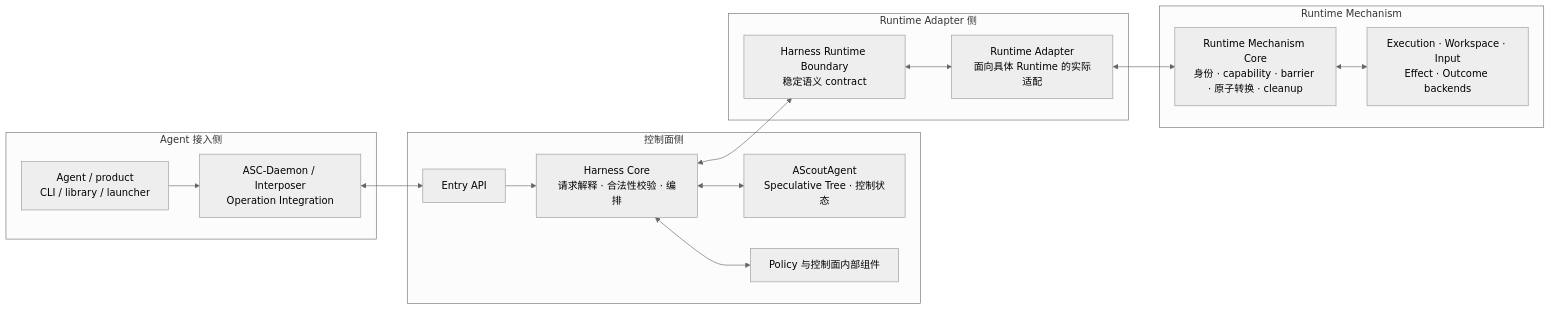
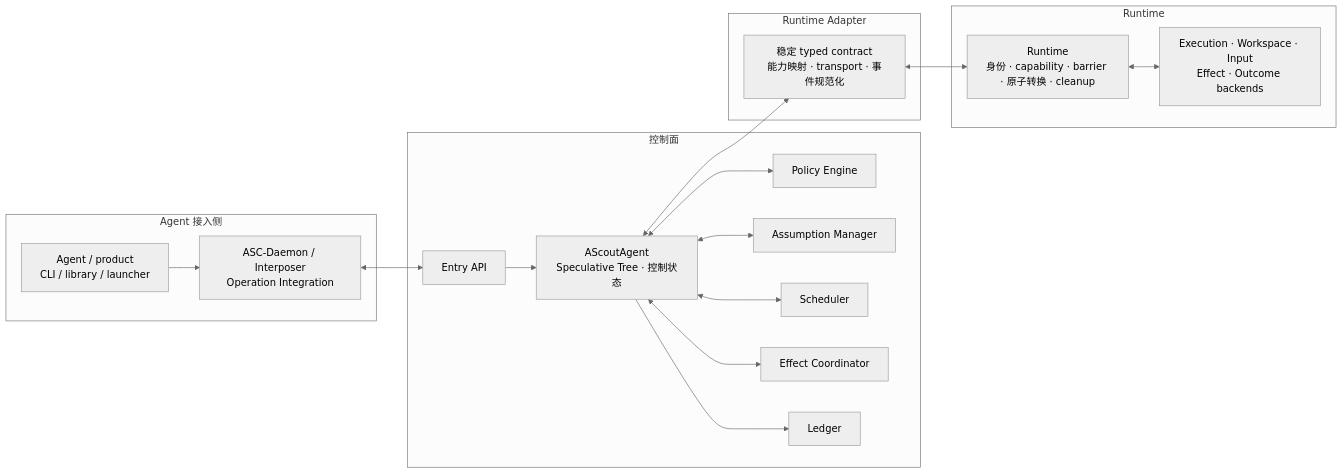
The first of 2 diagrams in docs/architecture.md (bettermultiply/AgentScout), drawn with Mermaid (neutral theme) before and after one commit. The commit also changed other lines of this file and 17 other files, not shown here.

Commit message:
docs: align architecture terminology

````diff
--- a/docs/architecture.md
+++ b/docs/architecture.md
@@ -17,34 +17,38 @@
 ```mermaid
 flowchart LR
     subgraph ACCESS["Agent 接入侧"]
         CLIENTS["Agent / product<br/>CLI / library / launcher"]
         INTEGRATION["ASC-Daemon / Interposer<br/>Operation Integration"]
         CLIENTS --> INTEGRATION
     end
 
-    subgraph CONTROL["控制面侧"]
+    subgraph CONTROL["控制面"]
         ENTRY["Entry API"]
-        CORE["Harness Core<br/>请求解释 · 合法性校验 · 编排"]
         STATE["AScoutAgent<br/>Speculative Tree · 控制状态"]
-        POLICY["Policy 与控制面内部组件"]
-        ENTRY --> CORE
-        CORE <--> STATE
-        CORE <--> POLICY
+        POLICY["Policy Engine"]
+        ASSUMPTION["Assumption Manager"]
+        SCHEDULER["Scheduler"]
+        EFFECT["Effect Coordinator"]
+        LEDGER["Ledger"]
+        ENTRY --> STATE
+        STATE <--> POLICY
+        STATE <--> ASSUMPTION
+        STATE <--> SCHEDULER
+        STATE <--> EFFECT
+        STATE --> LEDGER
     end
 
-    subgraph ADAPTER_SIDE["Runtime Adapter 侧"]
-        BOUNDARY["Harness Runtime Boundary<br/>稳定语义 contract"]
-        ADAPTER["Runtime Adapter<br/>面向具体 Runtime 的实际适配"]
-        BOUNDARY <--> ADAPTER
+    subgraph ADAPTER_SIDE["Runtime Adapter"]
+        ADAPTER["稳定 typed contract<br/>能力映射 · transport · 事件规范化"]
     end
 
-    subgraph RUNTIME["Runtime Mechanism"]
-        MECHANISM["Runtime Mechanism Core<br/>身份 · capability · barrier · 原子转换 · cleanup"]
+    subgraph RUNTIME["Runtime"]
+        MECHANISM["Runtime<br/>身份 · capability · barrier · 原子转换 · cleanup"]
         BACKENDS["Execution · Workspace · Input<br/>Effect · Outcome backends"]
         MECHANISM <--> BACKENDS
     end
 
     INTEGRATION <--> ENTRY
-    CORE <--> BOUNDARY
+    STATE <--> ADAPTER
     ADAPTER <--> MECHANISM
 ```
````
